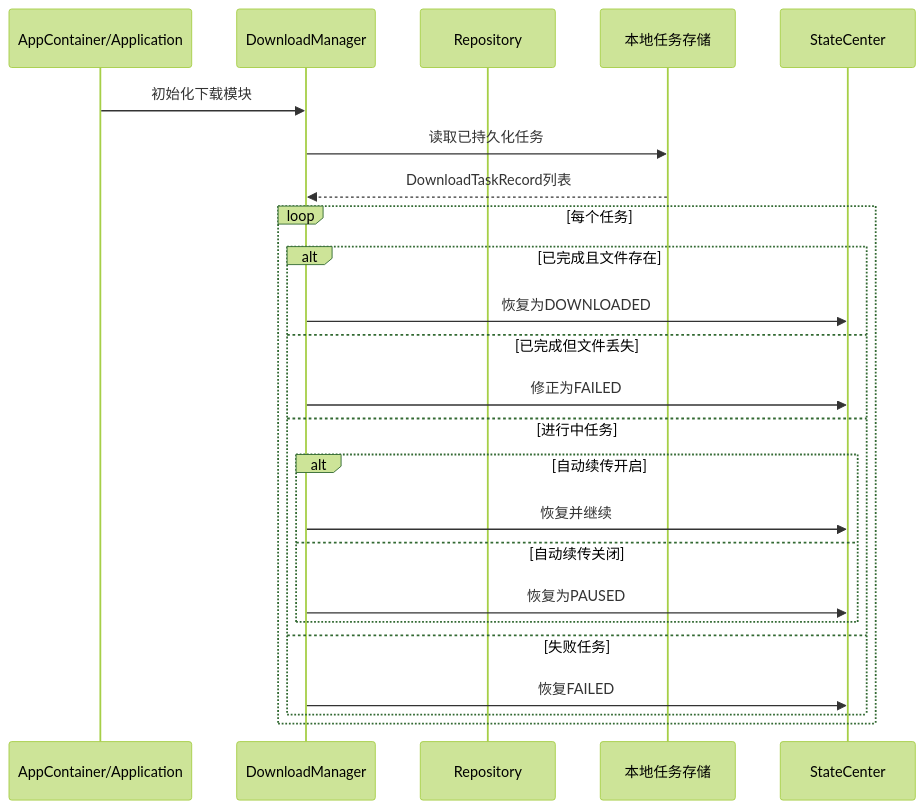
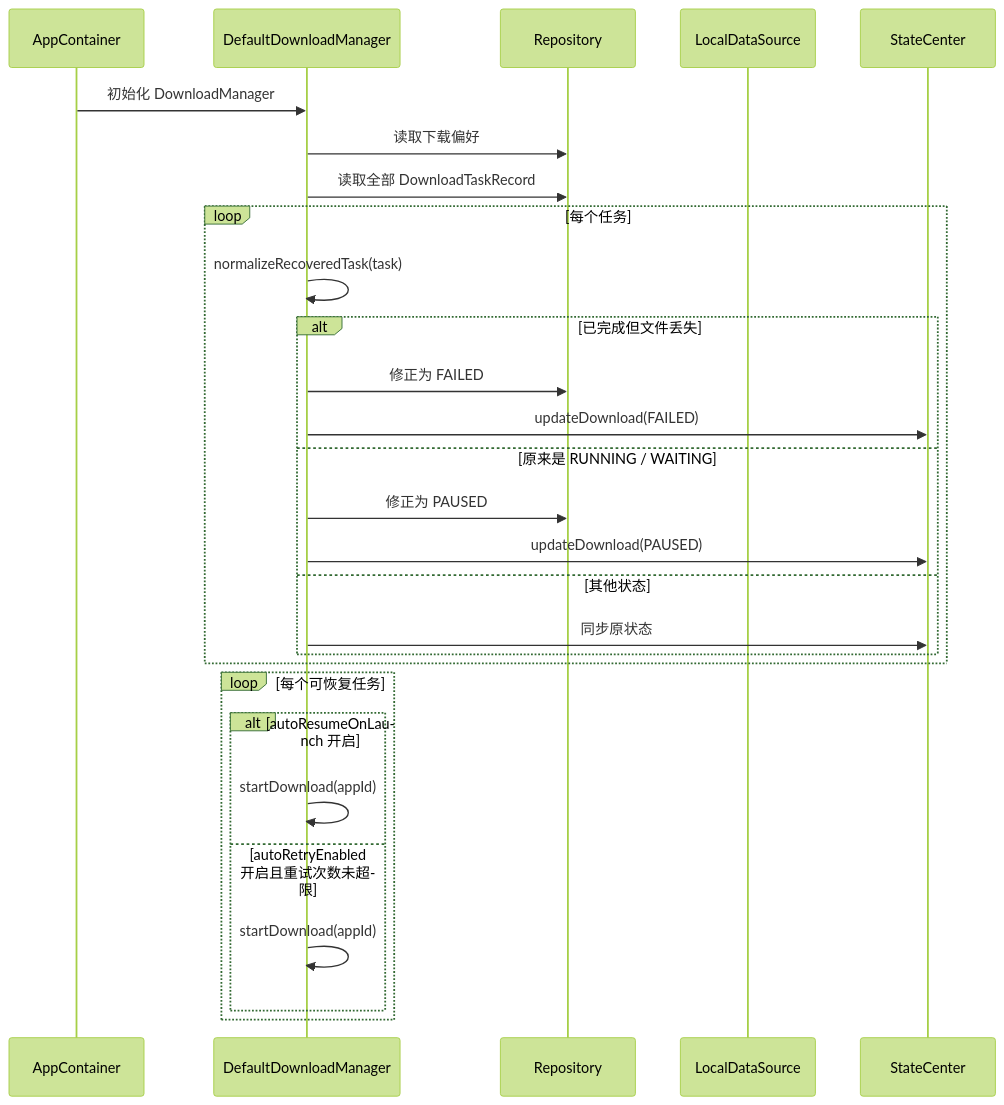
The fifth of 6 diagrams in docs/09-下载模块架构与流程.md (XZQ/CarAppStore), drawn with Mermaid (forest theme) before and after one commit. The commit also changed other lines of this file and 35 other files, not shown here.

Commit message:
docs: reorganize architecture docs and handoff guide

````diff
--- a/docs/09-下载模块架构与流程.md
+++ b/docs/09-下载模块架构与流程.md
@@ -178,28 +260,34 @@
 ```mermaid
 sequenceDiagram
-participant APP as AppContainer/Application
-participant DM as DownloadManager
+participant APP as AppContainer
+participant DM as DefaultDownloadManager
 participant REPO as Repository
-participant STORE as 本地任务存储
+participant STORE as LocalDataSource
 participant SC as StateCenter
 
-APP->>DM: 初始化下载模块
-DM->>STORE: 读取已持久化任务
-STORE-->>DM: DownloadTaskRecord列表
+APP->>DM: 初始化 DownloadManager
+DM->>REPO: 读取下载偏好
+DM->>REPO: 读取全部 DownloadTaskRecord
 
 loop 每个任务
-    alt 已完成且文件存在
-        DM->>SC: 恢复为DOWNLOADED
-    else 已完成但文件丢失
-        DM->>SC: 修正为FAILED
-    else 进行中任务
-        alt 自动续传开启
-            DM->>SC: 恢复并继续
-        else 自动续传关闭
-            DM->>SC: 恢复为PAUSED
-        end
-    else 失败任务
-        DM->>SC: 恢复FAILED
+    DM->>DM: normalizeRecoveredTask(task)
+
+    alt 已完成但文件丢失
+        DM->>REPO: 修正为 FAILED
+        DM->>SC: updateDownload(FAILED)
+    else 原来是 RUNNING / WAITING
+        DM->>REPO: 修正为 PAUSED
+        DM->>SC: updateDownload(PAUSED)
+    else 其他状态
+        DM->>SC: 同步原状态
+    end
+end
+
+loop 每个可恢复任务
+    alt autoResumeOnLaunch 开启
+        DM->>DM: startDownload(appId)
+    else autoRetryEnabled 开启且重试次数未超限
+        DM->>DM: startDownload(appId)
     end
 end
 ```
````
